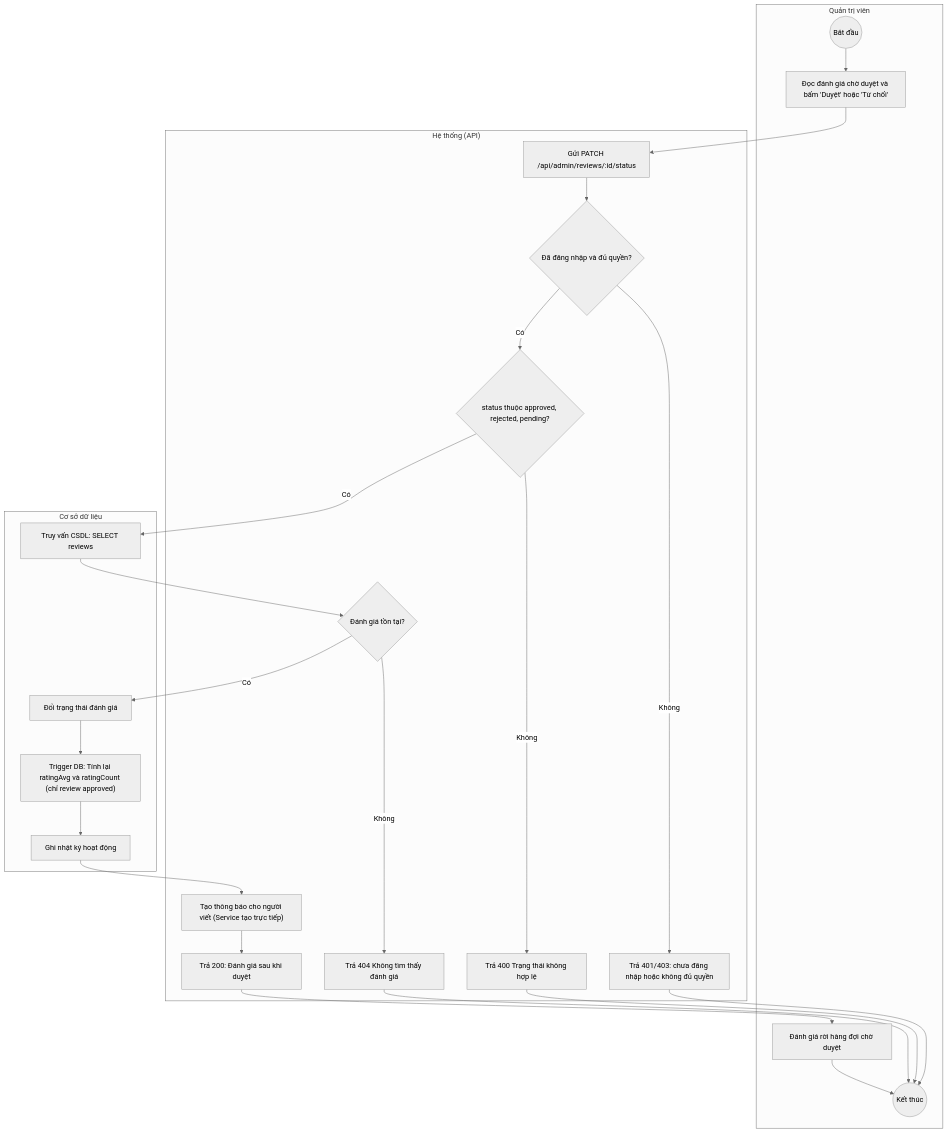
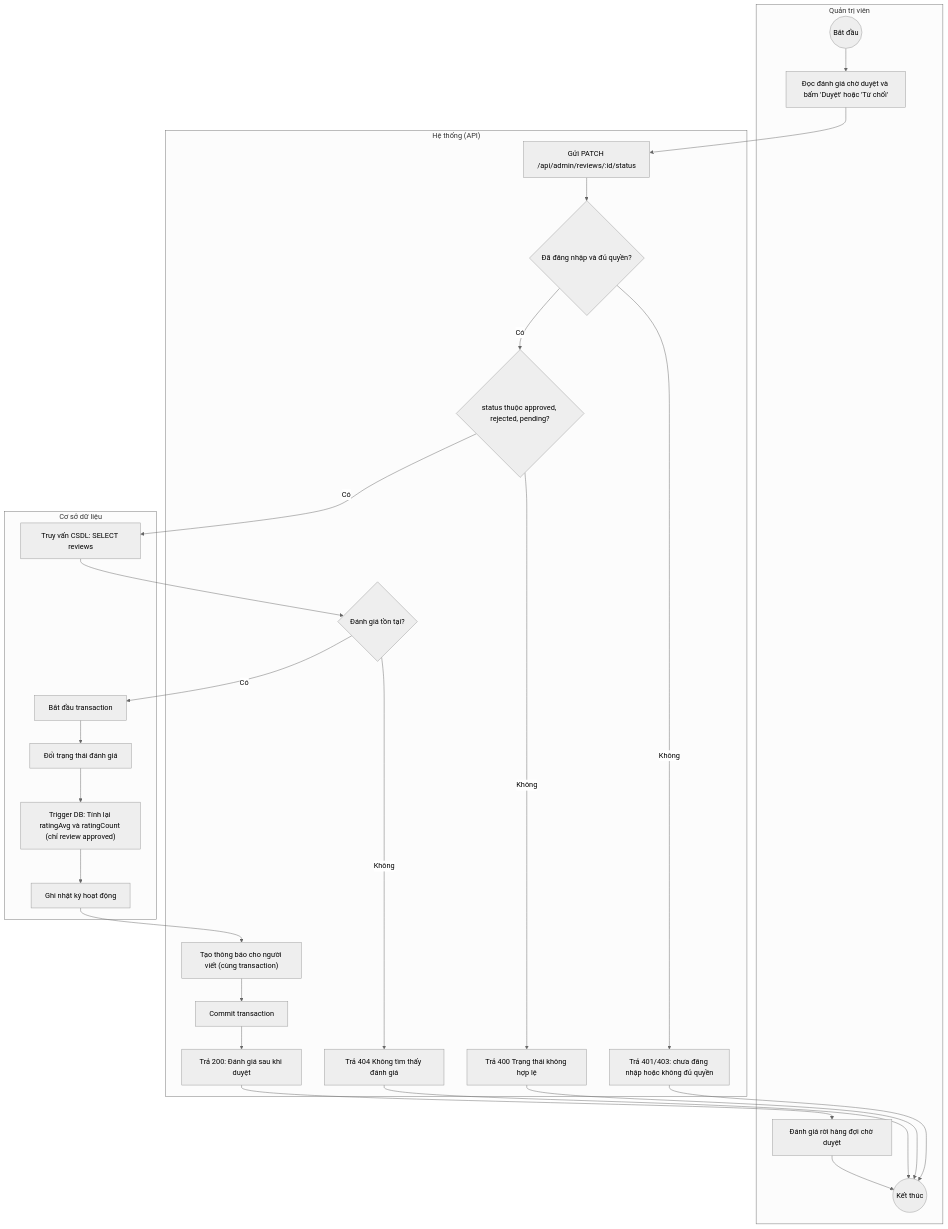
Before and after one commit to 2431540234-arch/XDUDTMDT: the diagram in docs/diagrams/src/activity_UC-ADM-18_duyet-hoac-tu-choi-danh-gia.mmd, drawn with Mermaid (neutral theme). The commit also changed 49 other files, not shown here.

Commit message:
docs(diagrams): thêm transaction cho UC-ADM, nhánh LOD vượt ngưỡng, kiến trúc dùng ELK

```diff
--- a/docs/diagrams/src/activity_UC-ADM-18_duyet-hoac-tu-choi-danh-gia.mmd
+++ b/docs/diagrams/src/activity_UC-ADM-18_duyet-hoac-tu-choi-danh-gia.mmd
@@ -1,43 +1,47 @@
 flowchart TD
     subgraph LANE_A["Quản trị viên"]
         n1(("Bắt đầu"))
         n2["Đọc đánh giá chờ duyệt và bấm 'Duyệt' hoặc 'Từ chối'"]
         n16["Đánh giá rời hàng đợi chờ duyệt"]
         n17(("Kết thúc"))
     end
     subgraph LANE_S["Hệ thống (API)"]
         n3["Gửi PATCH /api/admin/reviews/:id/status"]
         n4{"Đã đăng nhập và đủ quyền?"}
         n5["Trả 401/403: chưa đăng nhập hoặc không đủ quyền"]
         n6{"status thuộc approved, rejected, pending?"}
         n7["Trả 400 Trạng thái không hợp lệ"]
         n9{"Đánh giá tồn tại?"}
         n10["Trả 404 Không tìm thấy đánh giá"]
-        n14["Tạo thông báo cho người viết (Service tạo trực tiếp)"]
+        n14["Tạo thông báo cho người viết (cùng transaction)"]
         n15["Trả 200: Đánh giá sau khi duyệt"]
+        n19["Commit transaction"]
     end
     subgraph LANE_D["Cơ sở dữ liệu"]
         n8["Truy vấn CSDL: SELECT reviews"]
+        n18["Bắt đầu transaction"]
         n11["Đổi trạng thái đánh giá"]
         n12["Trigger DB: Tính lại ratingAvg và ratingCount (chỉ review approved)"]
         n13["Ghi nhật ký hoạt động"]
     end
     n1 --> n2
     n2 --> n3
     n3 --> n4
     n4 -->|"Không"| n5
     n4 -->|"Có"| n6
     n6 -->|"Không"| n7
     n6 -->|"Có"| n8
     n8 --> n9
     n9 -->|"Không"| n10
-    n9 -->|"Có"| n11
+    n9 -->|"Có"| n18
+    n18 --> n11
     n11 --> n12
     n12 --> n13
     n13 --> n14
-    n14 --> n15
+    n14 --> n19
+    n19 --> n15
     n15 --> n16
     n16 --> n17
     n5 --> n17
     n7 --> n17
     n10 --> n17
```
